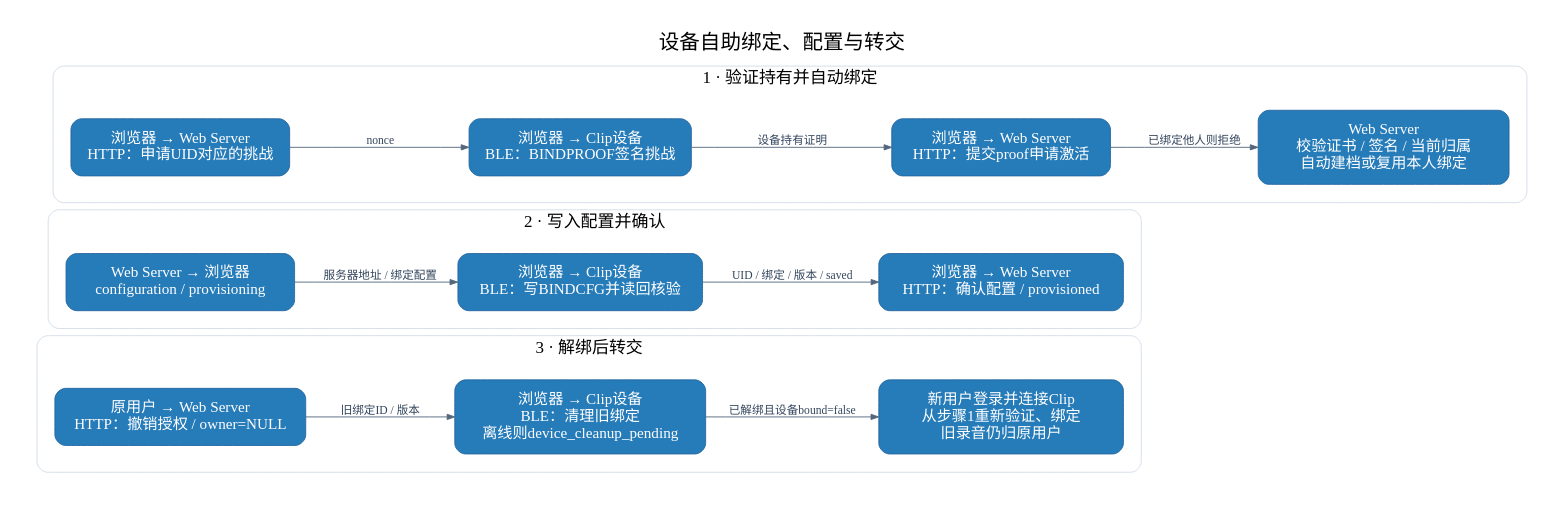
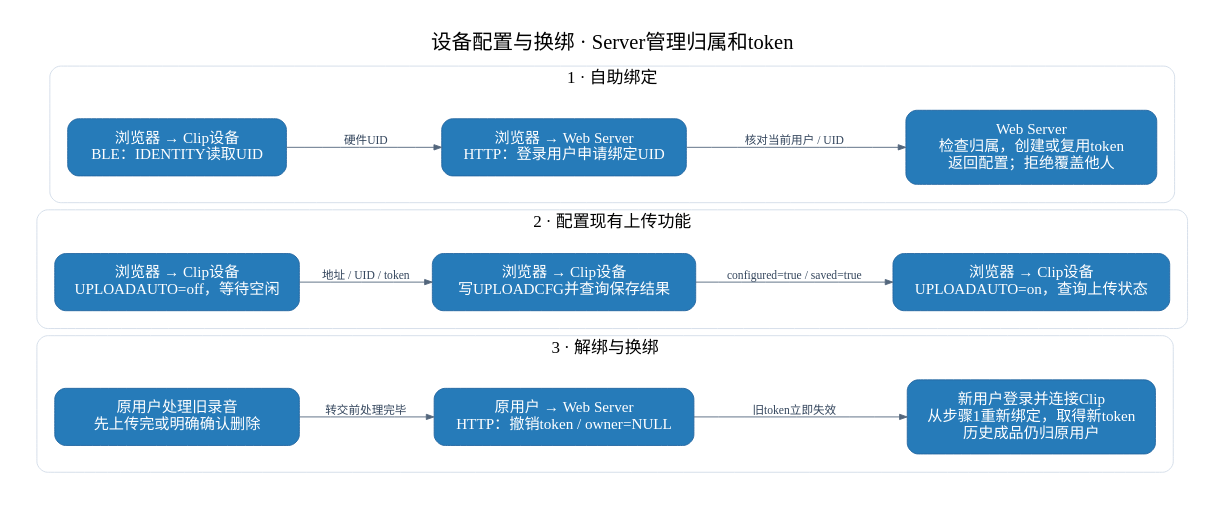
Before and after one commit to boboliu-1010/speaker: the diagram in docs/assets/diagrams/11-device-configuration.dot, drawn with Graphviz. The commit also changed 9 other files, not shown here.

```diff
--- a/docs/assets/diagrams/11-device-configuration.dot
+++ b/docs/assets/diagrams/11-device-configuration.dot
@@ -1,28 +1,26 @@
 digraph G {
-graph [rankdir=LR, bgcolor="white", pad="0.35", nodesep="0.4", ranksep="0.55", splines=line, fontname="PingFang SC", fontsize=23, labelloc=t, label="设备自助绑定、配置与转交"];
+graph [rankdir=LR, bgcolor="white", pad="0.35", nodesep="0.4", ranksep="0.55", splines=line, fontname="PingFang SC", fontsize=23, labelloc=t, label="设备配置与换绑 · Server管理归属和token"];
 node [shape=box, style="rounded,filled", fillcolor="#267bb9", color="#2366a0", fontcolor=white, fontname="PingFang SC", fontsize=17, margin="0.22,0.18"];
 edge [fontname="PingFang SC", fontsize=13, color="#53667c", fontcolor="#34465d", arrowsize=0.85];
-subgraph cluster_transfer { label="3 · 解绑后转交"; color="#d1dce8"; style=rounded; fontsize=19; margin=20;
-u0 [width=3.90, label="原用户 → Web Server\nHTTP：撤销授权 / owner=NULL"];
-u1 [width=3.80, label="浏览器 → Clip设备\nBLE：清理旧绑定\n离线则device_cleanup_pending"];
-u2 [width=3.80, label="新用户登录并连接Clip\n从步骤1重新验证、绑定\n旧录音仍归原用户"];
-u0 -> u1 [label="旧绑定ID / 版本"];
-u1 -> u2 [label="已解绑且设备bound=false"];
+subgraph cluster_transfer { label="3 · 解绑与换绑"; color="#d1dce8"; style=rounded; fontsize=19; margin=20;
+u0 [width=3.80, label="原用户处理旧录音\n先上传完或明确确认删除"];
+u1 [width=3.80, label="原用户 → Web Server\nHTTP：撤销token / owner=NULL"];
+u2 [width=3.80, label="新用户登录并连接Clip\n从步骤1重新绑定，取得新token\n历史成品仍归原用户"];
+u0 -> u1 [label="转交前处理完毕"];
+u1 -> u2 [label="旧token立即失效"];
 }
-subgraph cluster_config { label="2 · 写入配置并确认"; color="#d1dce8"; style=rounded; fontsize=19; margin=20;
-c0 [width=3.40, label="Web Server → 浏览器\nconfiguration / provisioning"];
-c1 [width=3.80, label="浏览器 → Clip设备\nBLE：写BINDCFG并读回核验"];
-c2 [width=3.80, label="浏览器 → Web Server\nHTTP：确认配置 / provisioned"];
-c0 -> c1 [label="服务器地址 / 绑定配置"];
-c1 -> c2 [label="UID / 绑定 / 版本 / saved"];
+subgraph cluster_config { label="2 · 配置现有上传功能"; color="#d1dce8"; style=rounded; fontsize=19; margin=20;
+c0 [width=3.80, label="浏览器 → Clip设备\nUPLOADAUTO=off，等待空闲"];
+c1 [width=4.10, label="浏览器 → Clip设备\n写UPLOADCFG并查询保存结果"];
+c2 [width=4.30, label="浏览器 → Clip设备\nUPLOADAUTO=on，查询上传状态"];
+c0 -> c1 [label="地址 / UID / token"];
+c1 -> c2 [label="configured=true / saved=true"];
 }
-subgraph cluster_bind { label="1 · 验证持有并自动绑定"; color="#d1dce8"; style=rounded; fontsize=19; margin=20;
-b0 [width=3.40, label="浏览器 → Web Server\nHTTP：申请UID对应的挑战"];
-b1 [width=3.40, label="浏览器 → Clip设备\nBLE：BINDPROOF签名挑战"];
-b2 [width=3.40, label="浏览器 → Web Server\nHTTP：提交proof申请激活"];
-b3 [width=3.90, label="Web Server\n校验证书 / 签名 / 当前归属\n自动建档或复用本人绑定"];
-b0 -> b1 [label="nonce"];
-b1 -> b2 [label="设备持有证明"];
-b2 -> b3 [label="已绑定他人则拒绝"];
+subgraph cluster_bind { label="1 · 自助绑定"; color="#d1dce8"; style=rounded; fontsize=19; margin=20;
+b0 [width=3.40, label="浏览器 → Clip设备\nBLE：IDENTITY读取UID"];
+b1 [width=3.80, label="浏览器 → Web Server\nHTTP：登录用户申请绑定UID"];
+b2 [width=3.90, label="Web Server\n检查归属，创建或复用token\n返回配置；拒绝覆盖他人"];
+b0 -> b1 [label="硬件UID"];
+b1 -> b2 [label="核对当前用户 / UID"];
 }
 }
```
